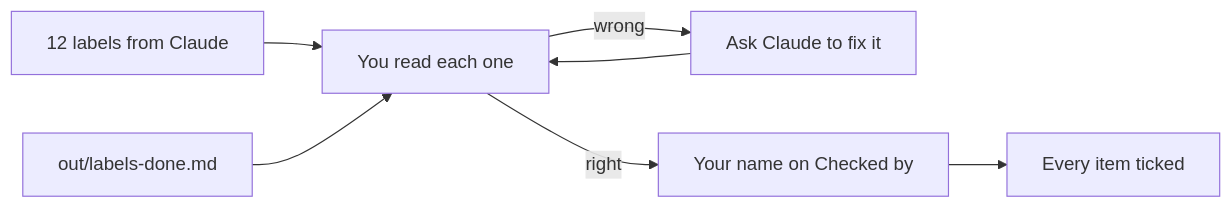
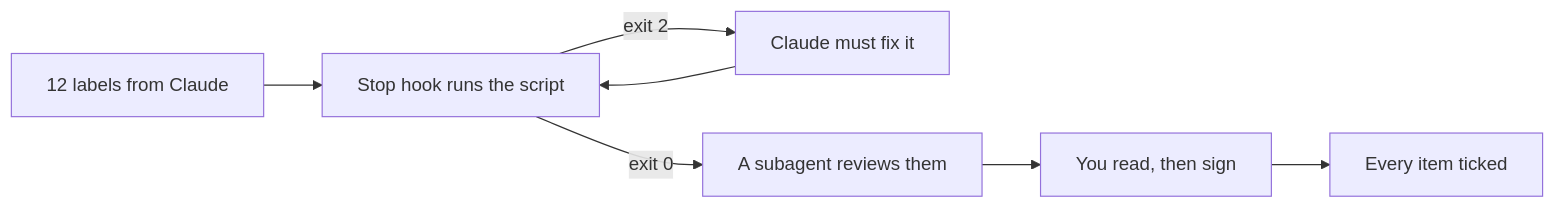
One commit to learnwithparam/claude-code-for-everyone changed the diagram in parts/04-repeat-the-work/03-sign-off-the-labels/problem/README.md. Above: the diagram before and after it, drawn with Mermaid. The commit also changed other lines of this file and 573 other files, not shown here.

````diff
--- a/parts/04-repeat-the-work/03-sign-off-the-labels/problem/README.md
+++ b/parts/04-repeat-the-work/03-sign-off-the-labels/problem/README.md
@@ -9,9 +7,9 @@
 ```mermaid
 flowchart LR
-  L[12 labels from Claude] --> R[You read each one]
-  D[out/labels-done.md] --> R
-  R -->|wrong| F[Ask Claude to fix it]
-  F --> R
-  R -->|right| S[Your name on Checked by]
+  L[12 labels from Claude] --> H[Stop hook runs the script]
+  H -->|exit 2| F[Claude must fix it]
+  F --> H
+  H -->|exit 0| R[A subagent reviews them]
+  R --> S[You read, then sign]
   S --> T[Every item ticked]
 ```
````
